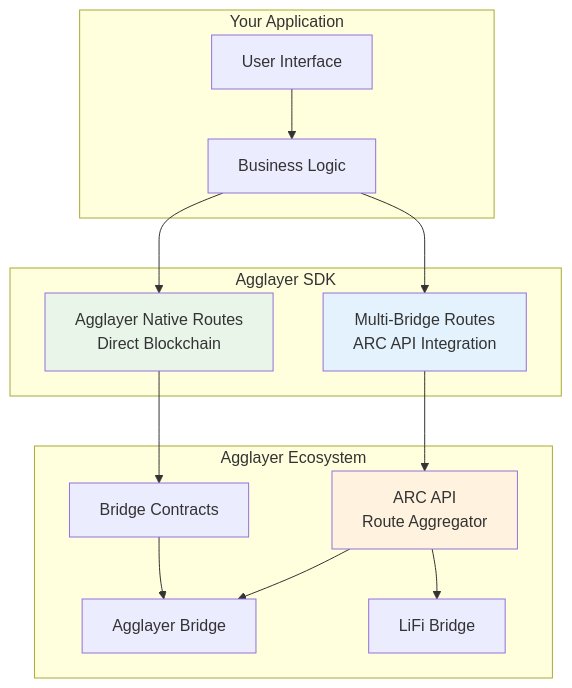
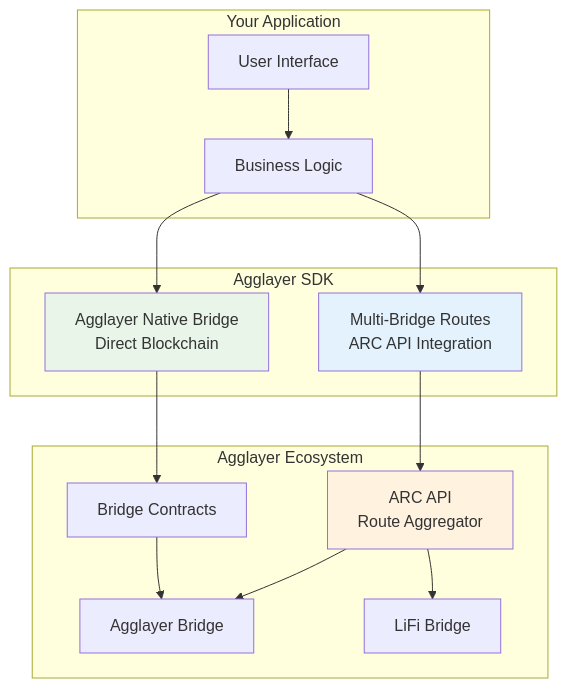
The diagram in docs/agglayer/developer-tools/agglayer-sdk/index.md (BrianSeong99/agglayer-docs), drawn with Mermaid before and after one commit. The commit also changed other lines of this file and 13 other files, not shown here.

Commit message:
fix: update all `native route` to `native bridge`

````diff
--- a/docs/agglayer/developer-tools/agglayer-sdk/index.md
+++ b/docs/agglayer/developer-tools/agglayer-sdk/index.md
@@ -168,32 +168,32 @@
 ```mermaid
 graph TB
     subgraph "Your Application"
         UI[User Interface]
         Logic[Business Logic]
     end
     
     subgraph "Agglayer SDK"
         MBR[Multi-Bridge Routes<br/>ARC API Integration]
-        ANR[Agglayer Native Routes<br/>Direct Blockchain]
+        ANR[Agglayer Native Bridge<br/>Direct Blockchain]
     end
     
     subgraph "Agglayer Ecosystem"
         ARC[ARC API<br/>Route Aggregator]
         AB[Agglayer Bridge]
         LiFi[LiFi Bridge]
         BC[Bridge Contracts]
     end
     
     UI --> Logic
     Logic --> MBR
     Logic --> ANR
     MBR --> ARC
     ARC --> AB
     ARC --> LiFi
     ANR --> BC
     BC --> AB
     
     style MBR fill:#e3f2fd
     style ANR fill:#e8f5e8
     style ARC fill:#fff3e0
 ```
````
